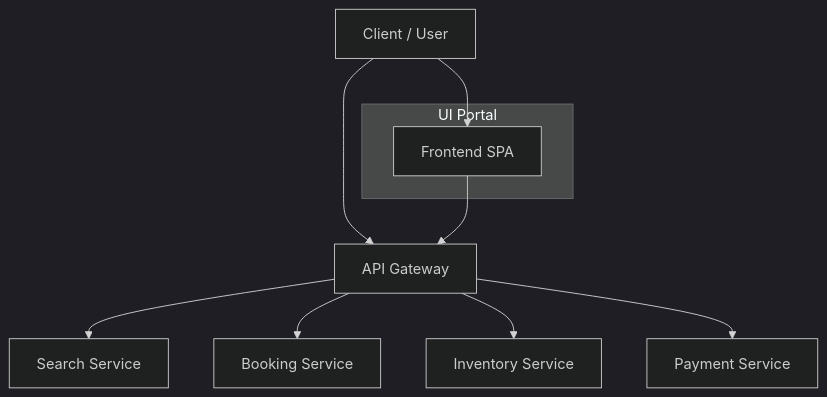
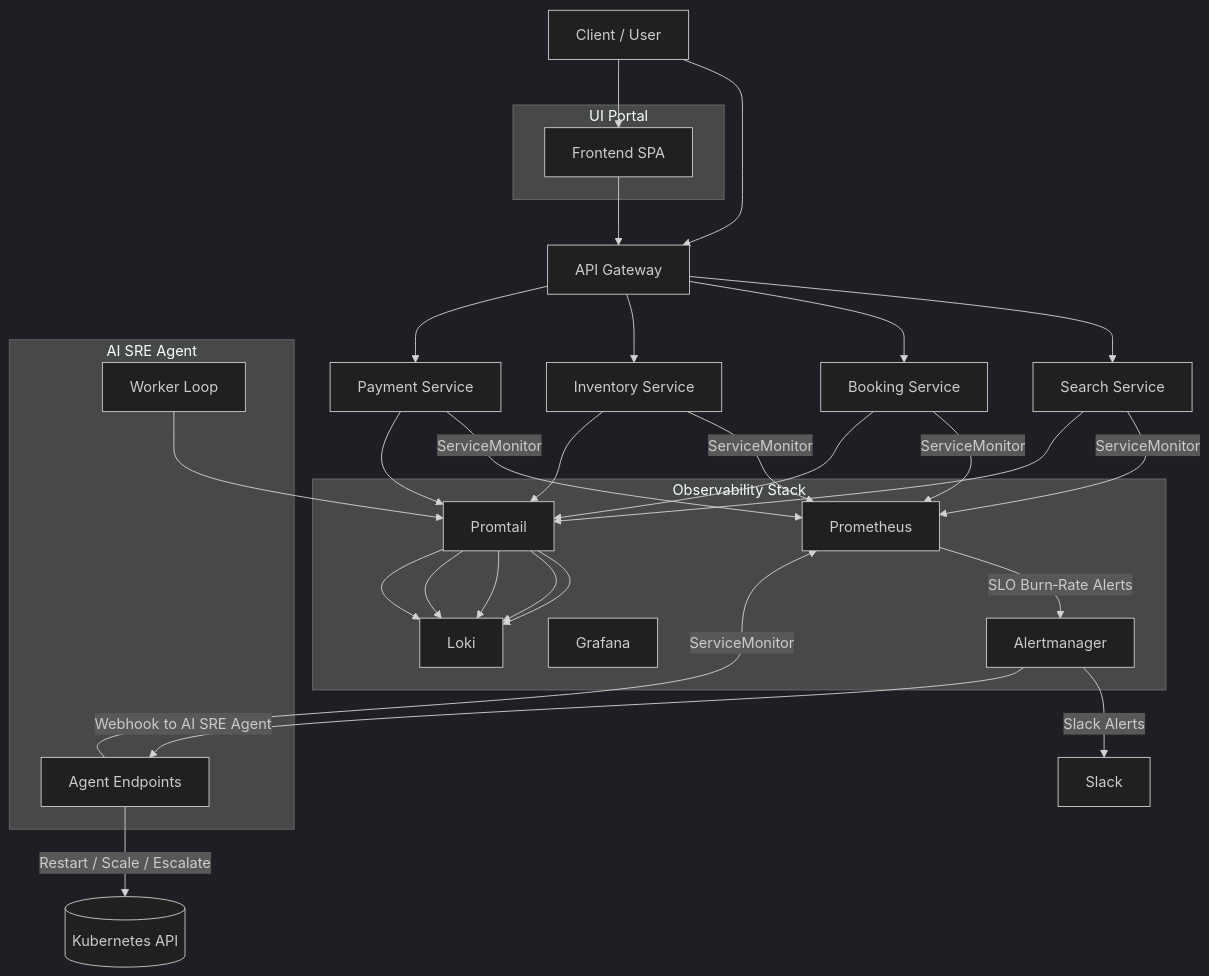
One commit to Franklindot04/travel-sre-ai-platform changed the diagram in README.md. Above: the diagram before and after it, drawn with Mermaid (dark theme).

Commit message:
Correct README.md formatting and code block
Fix formatting issues in README.md and adjust code block.

````diff
--- a/README.md
+++ b/README.md
@@ -35,16 +35,47 @@
 ```mermaid
 flowchart TD
 A[Client / User] --> G[API Gateway]
 
 G --> S1[Search Service]
 G --> B1[Booking Service]
 G --> I1[Inventory Service]
 G --> P1[Payment Service]
 
 subgraph UI[UI Portal]
 U1[Frontend SPA]
 end
 
 A --> U1
 U1 --> G
+
+subgraph SRE[AI SRE Agent]
+W1[Worker Loop]
+W2[Agent Endpoints]
+end
+
+subgraph OBS[Observability Stack]
+P[Prometheus]
+AM[Alertmanager]
+GRA[Grafana]
+L[Loki]
+PT[Promtail]
+end
+
+S1 -->|ServiceMonitor| P
+B1 -->|ServiceMonitor| P
+I1 -->|ServiceMonitor| P
+P1 -->|ServiceMonitor| P
+W2 -->|ServiceMonitor| P
+
+S1 --> PT --> L
+B1 --> PT --> L
+I1 --> PT --> L
+P1 --> PT --> L
+W1 --> PT --> L
+
+P -->|SLO Burn‑Rate Alerts| AM
+AM -->|Slack Alerts| SL[Slack]
+AM -->|Webhook to AI SRE Agent| W2
+
+W2 -->|Restart / Scale / Escalate| K8S[(Kubernetes API)]
 ```
````
